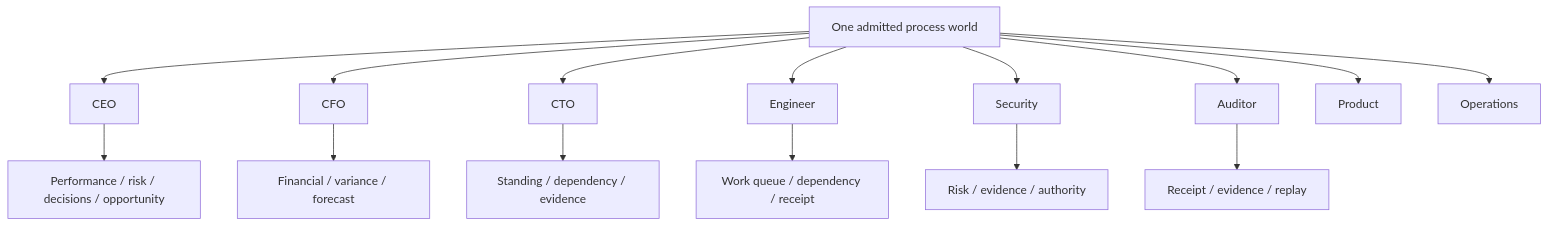
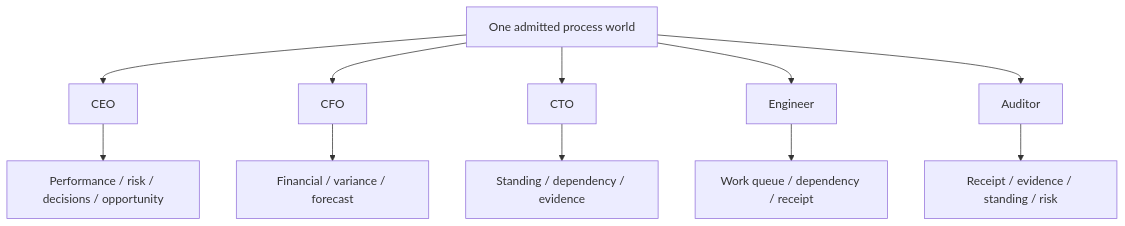
One commit to seanchatmangpt/wasm4pm changed the second of 4 diagrams in docs/deterministic-dynamic-ui.md. Above: the diagram before and after it, drawn with Mermaid. The commit also changed other lines of this file, not shown here.

Commit message:
docs(dd-ui): align avatar doctrine to executable grammar

````diff
--- a/docs/deterministic-dynamic-ui.md
+++ b/docs/deterministic-dynamic-ui.md
@@ -63,17 +63,13 @@
 ```mermaid
 flowchart TB
   G[One admitted process world] --> CEO[CEO]
   G --> CFO[CFO]
   G --> CTO[CTO]
   G --> ENG[Engineer]
-  G --> SEC[Security]
   G --> AUD[Auditor]
-  G --> PROD[Product]
-  G --> OPS[Operations]
   CEO --> Exec[Performance / risk / decisions / opportunity]
   CFO --> Fin[Financial / variance / forecast]
   CTO --> Tech[Standing / dependency / evidence]
   ENG --> Work[Work queue / dependency / receipt]
-  SEC --> Security[Risk / evidence / authority]
-  AUD --> Audit[Receipt / evidence / replay]
+  AUD --> Audit[Receipt / evidence / standing / risk]
 ```
````
